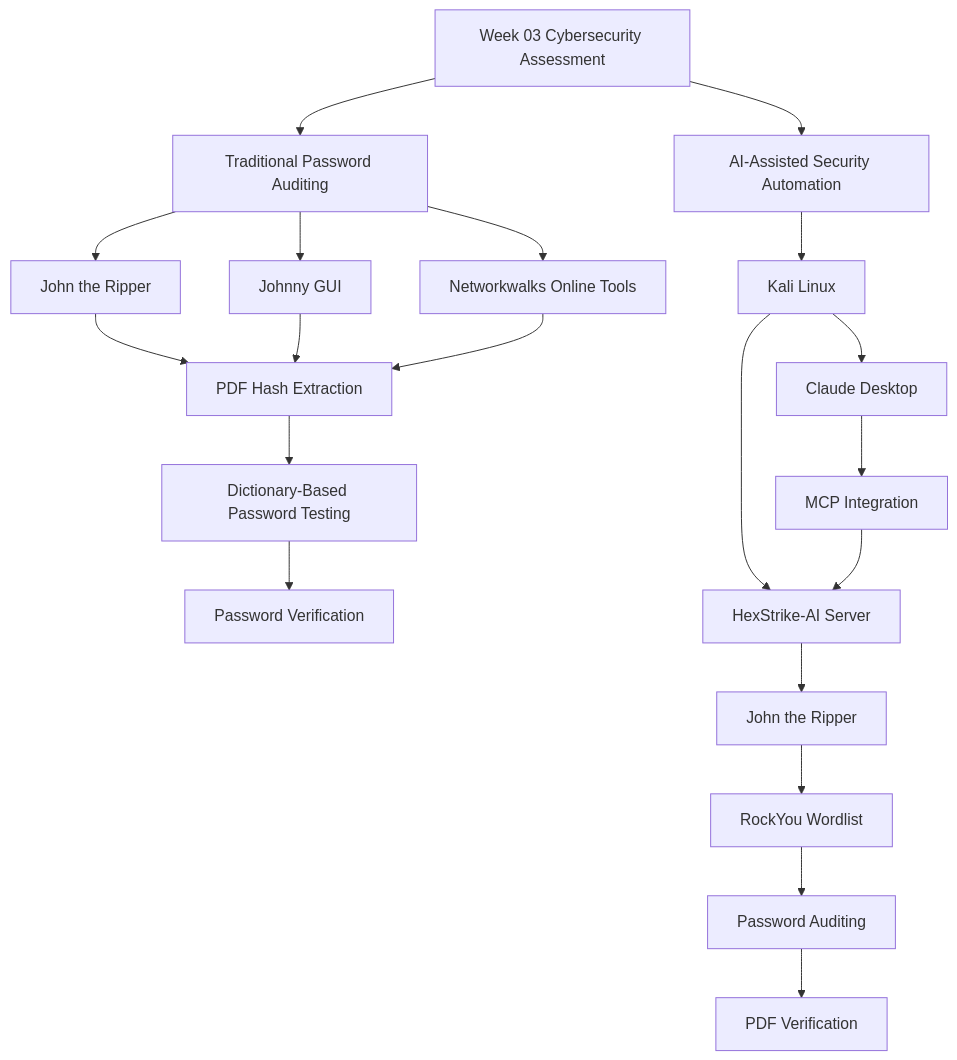
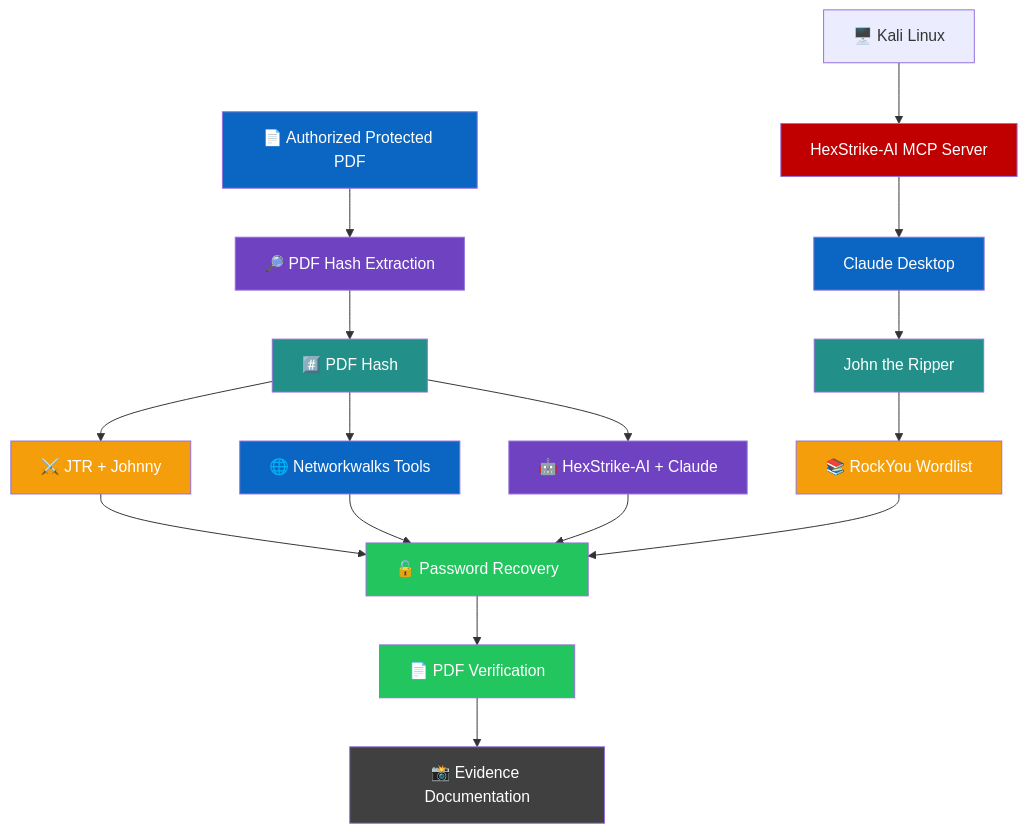
Before and after one commit to Nida-I-Khedekar/Cracking-Attacking-on-multiple-targets-using-multiple-tools-techniques: the first of 5 diagrams in README.md, drawn with Mermaid. The commit also changed other lines of this file, not shown here.

````diff
--- a/README.md
+++ b/README.md
@@ -177,28 +194,38 @@
 ```mermaid
 flowchart TD
-    A[Week 03 Cybersecurity Assessment]
 
-    A --> B[Traditional Password Auditing]
-    A --> C[AI-Assisted Security Automation]
+    A["📄 Authorized Protected PDF"] --> B["🔎 PDF Hash Extraction"]
 
-    B --> D[John the Ripper]
-    B --> E[Johnny GUI]
-    B --> F[Networkwalks Online Tools]
+    B --> C["#️⃣ PDF Hash"]
 
-    D --> G[PDF Hash Extraction]
+    C --> D["⚔️ JTR + Johnny"]
+    C --> E["🌐 Networkwalks Tools"]
+    C --> F["🤖 HexStrike-AI + Claude"]
+
+    D --> G["🔓 Password Recovery"]
     E --> G
     F --> G
 
-    G --> H[Dictionary-Based Password Testing]
-    H --> I[Password Verification]
+    H["🖥️ Kali Linux"] --> I["HexStrike-AI MCP Server"]
+    I --> J["Claude Desktop"]
+    J --> K["John the Ripper"]
+    K --> L["📚 RockYou Wordlist"]
+    L --> G
 
-    C --> J[Kali Linux]
-    J --> K[Claude Desktop]
-    J --> L[HexStrike-AI Server]
-    K --> M[MCP Integration]
-    M --> L
-    L --> N[John the Ripper]
-    N --> O[RockYou Wordlist]
-    O --> P[Password Auditing]
-    P --> Q[PDF Verification]
+    G --> M["📄 PDF Verification"]
+    M --> N["📸 Evidence Documentation"]
+
+    style A fill:#0A66C2,color:#fff
+    style B fill:#6F42C1,color:#fff
+    style C fill:#238F89,color:#fff
+    style D fill:#F59E0B,color:#fff
+    style E fill:#0A66C2,color:#fff
+    style F fill:#6F42C1,color:#fff
+    style G fill:#22C55E,color:#fff
+    style I fill:#C00000,color:#fff
+    style J fill:#0A66C2,color:#fff
+    style K fill:#238F89,color:#fff
+    style L fill:#F59E0B,color:#fff
+    style M fill:#22C55E,color:#fff
+    style N fill:#404040,color:#fff
 ```
````
